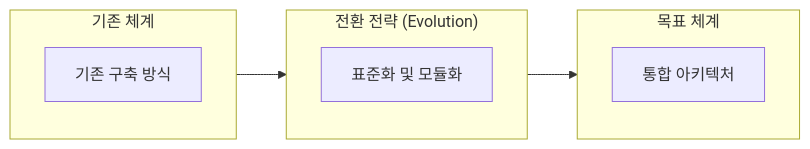
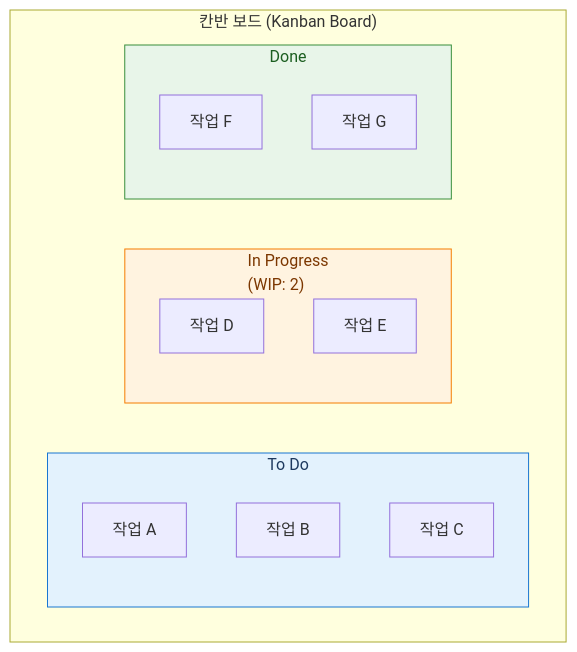
The second of 3 diagrams in docs/04-software-engineering/kanban.md (jeonck/fw-thinking), drawn with Mermaid before and after one commit. The commit also changed other lines of this file, not shown here.

Commit message:
Kanban 문서 전면 재작성 - 가시화·WIP 제한 및 리드 타임 관리

````diff
--- a/docs/04-software-engineering/kanban.md
+++ b/docs/04-software-engineering/kanban.md
@@ -24,14 +33,23 @@
 ```mermaid
 flowchart LR
-    subgraph A["기존 체계 "]
-        A1["기존 구축 방식"]
+    subgraph BOARD["칸반 보드 (Kanban Board)"]
+        direction LR
+        subgraph TODO["To Do"]
+            T1["작업 A"]
+            T2["작업 B"]
+            T3["작업 C"]
+        end
+        subgraph PROG["In Progress<br/>(WIP: 2)"]
+            P1["작업 D"]
+            P2["작업 E"]
+        end
+        subgraph DONE["Done"]
+            D1["작업 F"]
+            D2["작업 G"]
+        end
     end
-    subgraph TRANS["전환 전략 (Evolution)"]
-        direction TB
-        T1["표준화 및 모듈화"]
-    end
-    subgraph B["목표 체계 "]
-        B1["통합 아키텍처"]
-    end
-    A --> TRANS --> B
+
+    style TODO fill:#E3F2FD,stroke:#1976D2,color:#1E3A5F
+    style PROG fill:#FFF3E0,stroke:#F57C00,color:#7C3700
+    style DONE fill:#E8F5E9,stroke:#388E3C,color:#1B5E20
 ```
````
